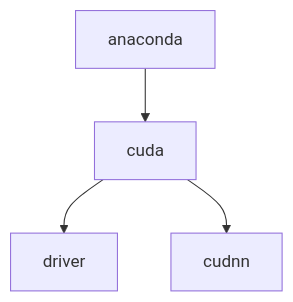
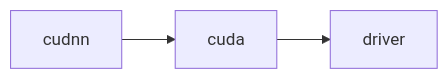
Before and after one commit to gxf1212/notes: the diagram in techniques/Linux-fundamental.md, drawn with Mermaid. The commit also changed other lines of this file and 11 other files, not shown here.

````diff
--- a/techniques/Linux-fundamental.md
+++ b/techniques/Linux-fundamental.md
@@ -1627,6 +1672,4 @@
 ```mermaid
-graph TB;
-anaconda-->cuda
-cuda-->driver
-cuda-->cudnn
+graph LR;
+cudnn--> cuda -->driver
 ```
````
